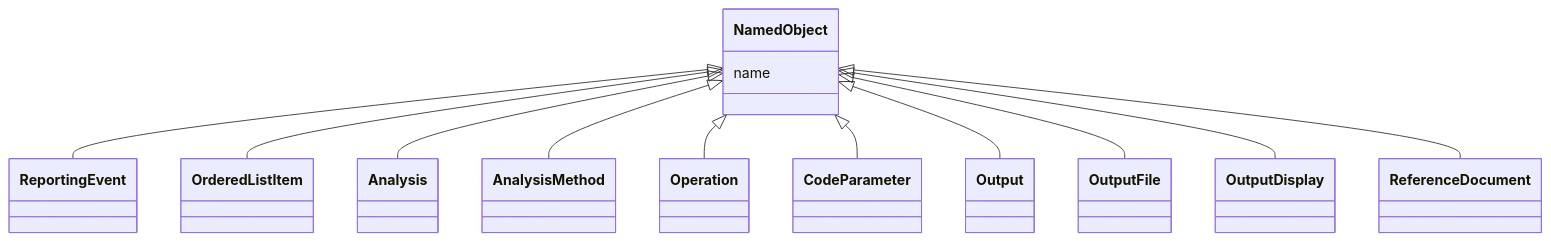
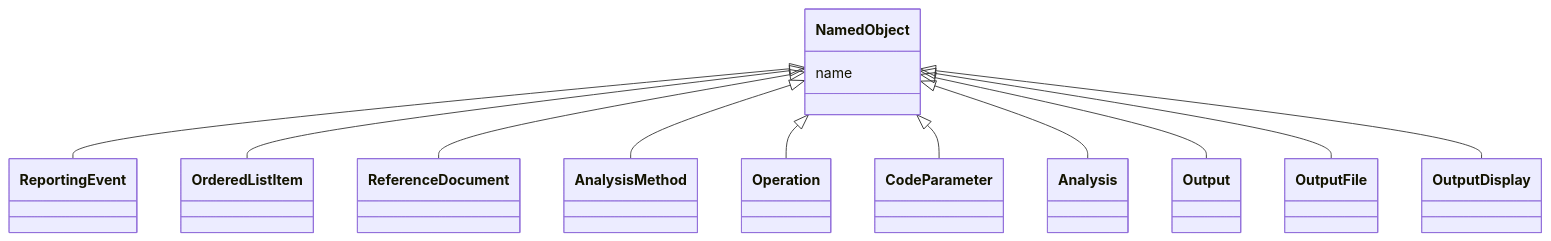
One commit to cdisc-org/analysis-results-standard changed the diagram in project/docs/NamedObject.md. Above: the diagram before and after it, drawn with Mermaid. The commit also changed other lines of this file and 192 other files, not shown here.

````diff
--- a/project/docs/NamedObject.md
+++ b/project/docs/NamedObject.md
@@ -17,18 +13,16 @@
 ```mermaid
  classDiagram
     class NamedObject
       NamedObject <|-- ReportingEvent
       NamedObject <|-- OrderedListItem
-      NamedObject <|-- Analysis
+      NamedObject <|-- ReferenceDocument
       NamedObject <|-- AnalysisMethod
       NamedObject <|-- Operation
       NamedObject <|-- CodeParameter
+      NamedObject <|-- Analysis
       NamedObject <|-- Output
       NamedObject <|-- OutputFile
       NamedObject <|-- OutputDisplay
-      NamedObject <|-- ReferenceDocument
-      
-      NamedObject : name
+      NamedObject : name        
         
-      
 ```
````
